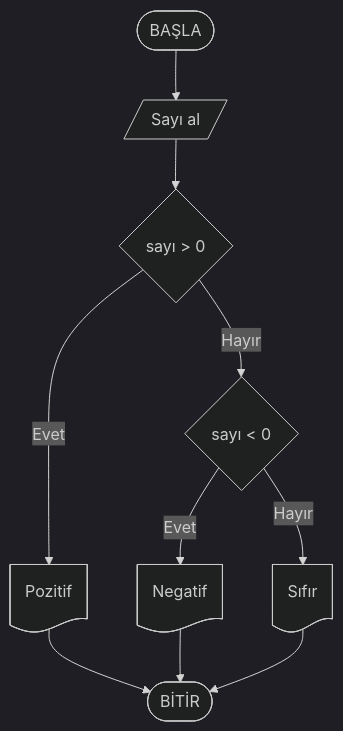
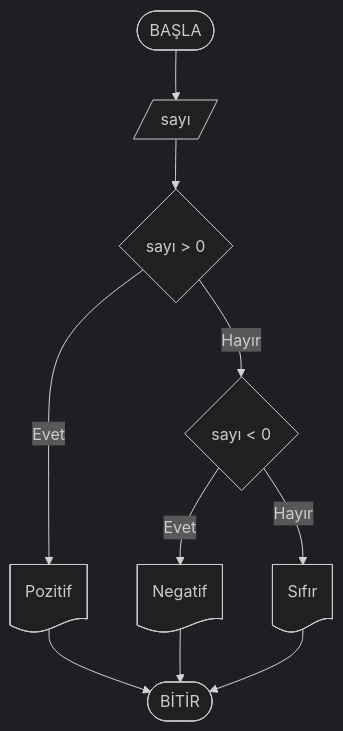
One commit to ibrahimayaz/Algoritma-ve-Programlamaya-Giris-2025 changed the first of 5 diagrams in Hafta03/ders_icerik.md. Above: the diagram before and after it, drawn with Mermaid (dark theme). The commit also changed 1 other file, not shown here.

Commit message:
Hafta03 guncellendi

````diff
--- a/Hafta03/ders_icerik.md
+++ b/Hafta03/ders_icerik.md
@@ -345,9 +345,9 @@
 ```mermaid
 flowchart TD
-  start([BAŞLA]) --> inNum[/Sayı al/]
+  start([BAŞLA]) --> inNum[/sayı/]
   inNum --> d1{sayı > 0}
   d1 -- Evet --> pos@{ shape: doc, label: "Pozitif" } --> endNode([BİTİR])
   d1 -- Hayır --> d2{sayı < 0}
   d2 -- Evet --> neg@{ shape: doc, label: "Negatif" } --> endNode
   d2 -- Hayır --> zero@{ shape: doc, label: "Sıfır" } --> endNode
 ```
````
